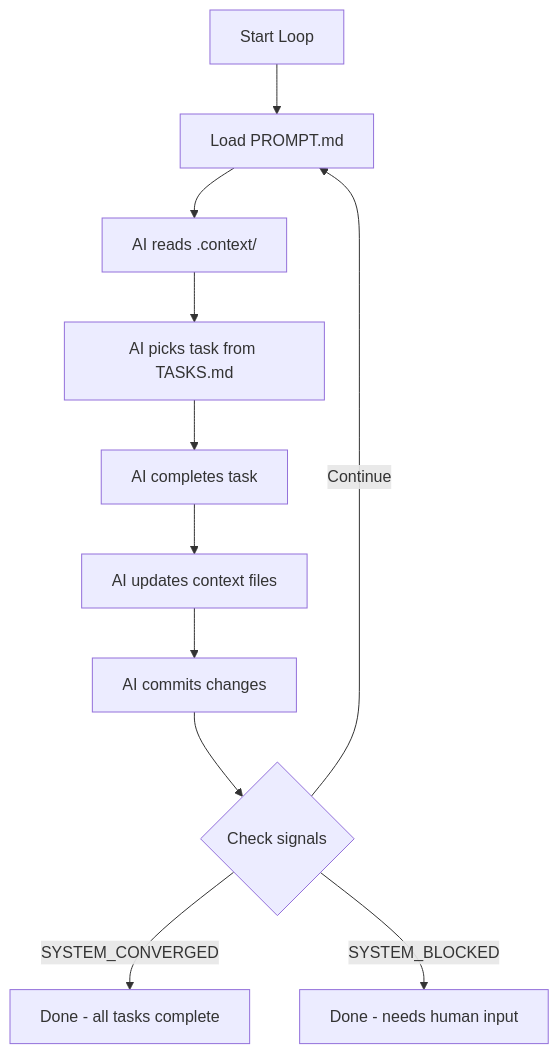
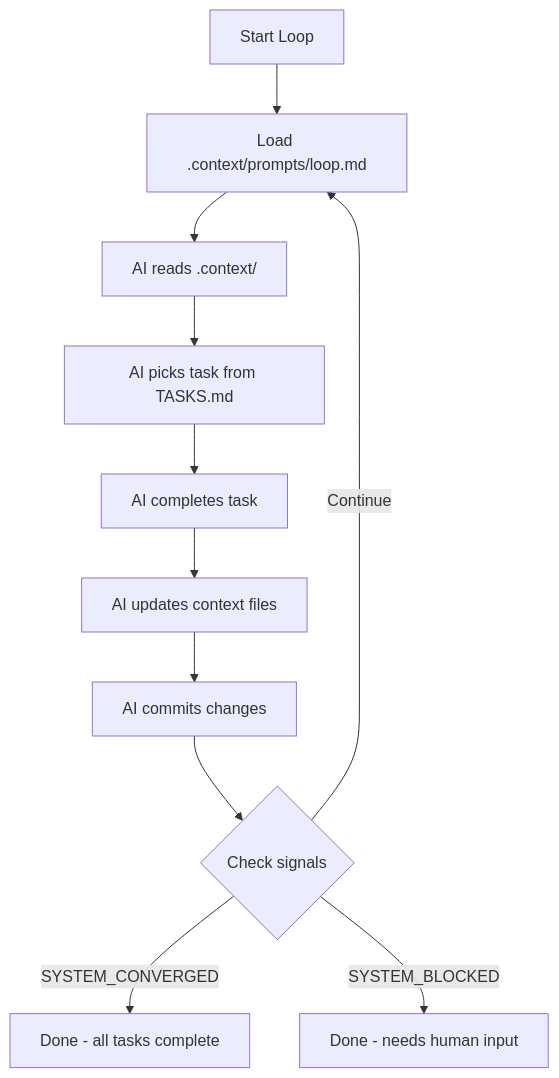
Before and after one commit to ActiveMemory/ctx: the diagram in docs/operations/autonomous-loop.md, drawn with Mermaid. The commit also changed other lines of this file and 63 other files, not shown here.

````diff
--- a/docs/operations/autonomous-loop.md
+++ b/docs/operations/autonomous-loop.md
@@ -36,13 +36,13 @@
 ```mermaid
 graph TD
-    A[Start Loop] --> B[Load PROMPT.md]
+    A[Start Loop] --> B[Load .context/prompts/loop.md]
     B --> C[AI reads .context/]
     C --> D[AI picks task from TASKS.md]
     D --> E[AI completes task]
     E --> F[AI updates context files]
     F --> G[AI commits changes]
     G --> H{Check signals}
     H -->|SYSTEM_CONVERGED| I[Done - all tasks complete]
     H -->|SYSTEM_BLOCKED| J[Done - needs human input]
     H -->|Continue| B
 ```
````
